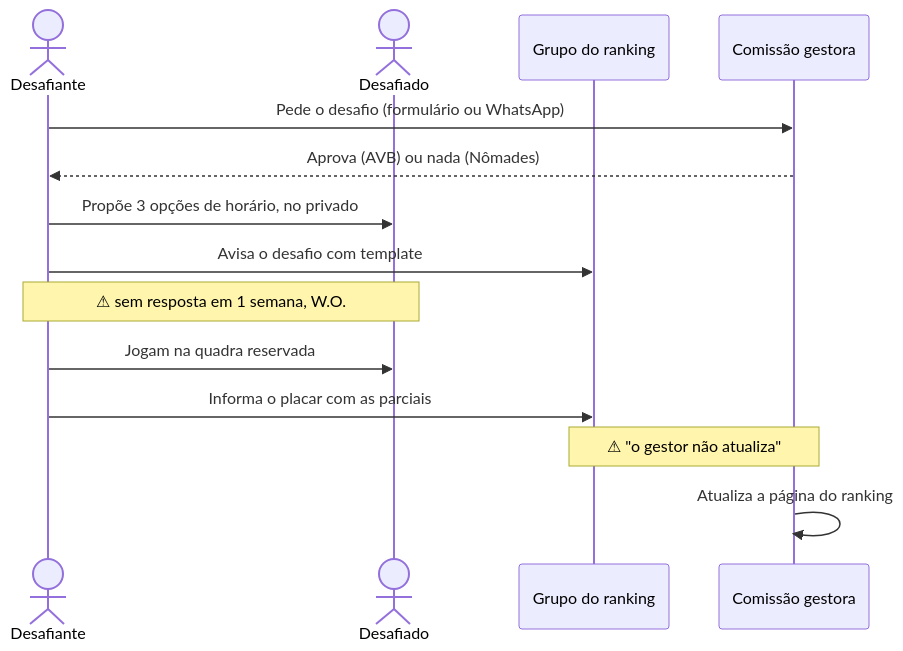
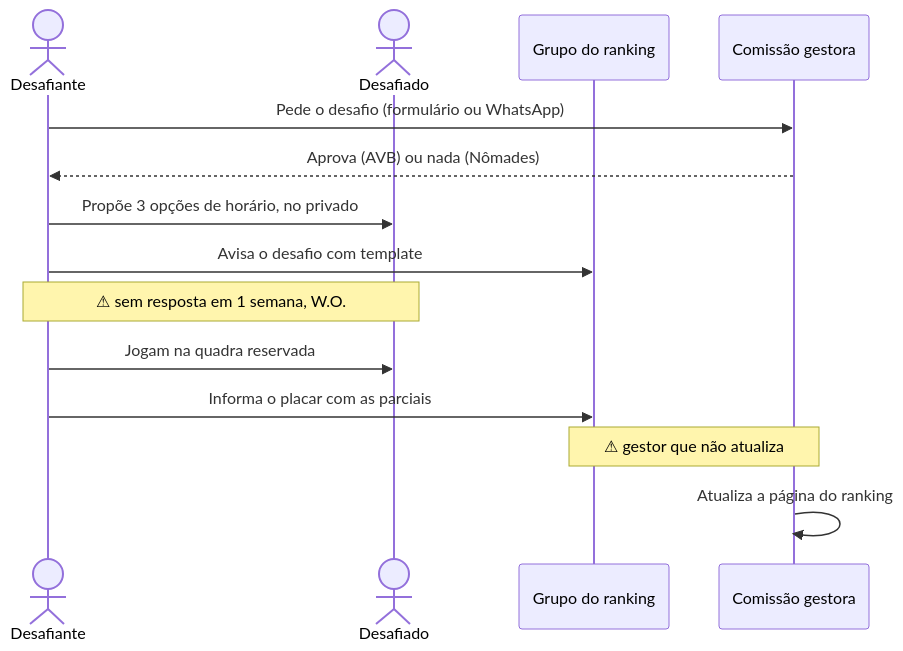
One commit to gabriel-vilano/btapp changed the second of 2 diagrams in docs/discovery/sintese/05-service-blueprint.md. Above: the diagram before and after it, drawn with Mermaid. The commit also changed other lines of this file and 35 other files, not shown here.

````diff
--- a/docs/discovery/sintese/05-service-blueprint.md
+++ b/docs/discovery/sintese/05-service-blueprint.md
@@ -145,17 +145,17 @@
 ```mermaid
 sequenceDiagram
   actor A as Desafiante
   actor B as Desafiado
   participant W as Grupo do ranking
   participant G as Comissão gestora
 
   A->>G: Pede o desafio (formulário ou WhatsApp)
   G-->>A: Aprova (AVB) ou nada (Nômades)
   A->>B: Propõe 3 opções de horário, no privado
   A->>W: Avisa o desafio com template
   note over A,B: ⚠ sem resposta em 1 semana, W.O.
   A->>B: Jogam na quadra reservada
   A->>W: Informa o placar com as parciais
-  note over W,G: ⚠ "o gestor não atualiza"
+  note over W,G: ⚠ gestor que não atualiza
   G->>G: Atualiza a página do ranking
 ```
````
